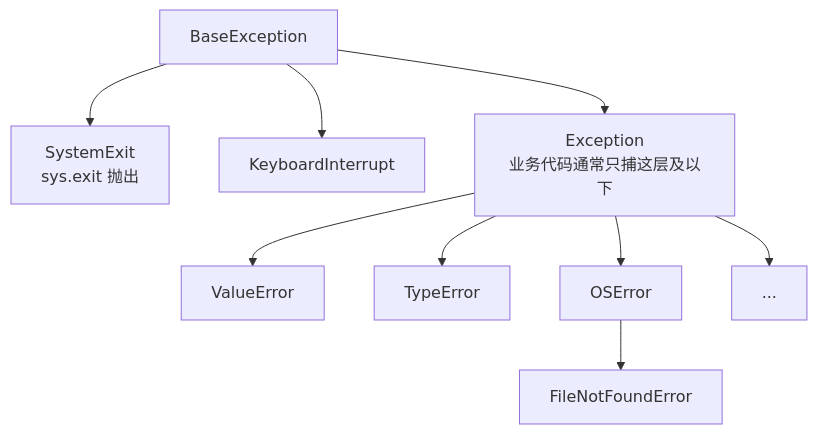
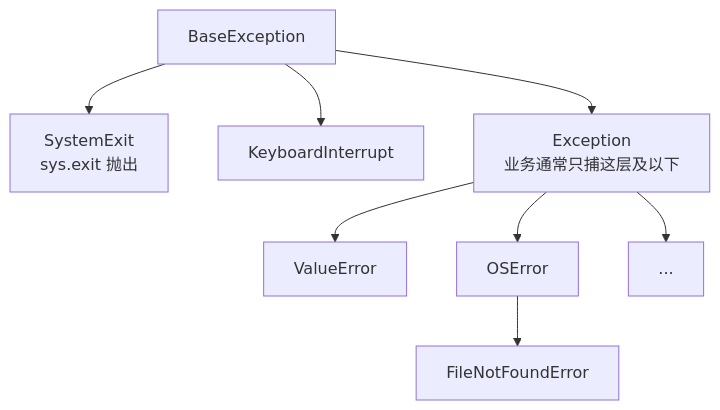
Before and after one commit to ml-cuizijun/LearnToLilith: the second of 4 diagrams in 05-开发能力/02-Python/04-异常与退出码/知识点.md, drawn with Mermaid. The commit also changed other lines of this file and 178 other files, not shown here.

````diff
--- a/05-开发能力/02-Python/04-异常与退出码/知识点.md
+++ b/05-开发能力/02-Python/04-异常与退出码/知识点.md
@@ -120,11 +127,10 @@
 ```mermaid
 graph TD
     A["BaseException"] --> B["SystemExit<br/>sys.exit 抛出"]
     A --> C["KeyboardInterrupt"]
-    A --> D["Exception<br/>业务代码通常只捕这层及以下"]
+    A --> D["Exception<br/>业务通常只捕这层及以下"]
     D --> E["ValueError"]
-    D --> F["TypeError"]
-    D --> G["OSError"]
-    G --> H["FileNotFoundError"]
-    D --> I["..."]
+    D --> F["OSError"]
+    F --> G["FileNotFoundError"]
+    D --> H["..."]
 ```
````
